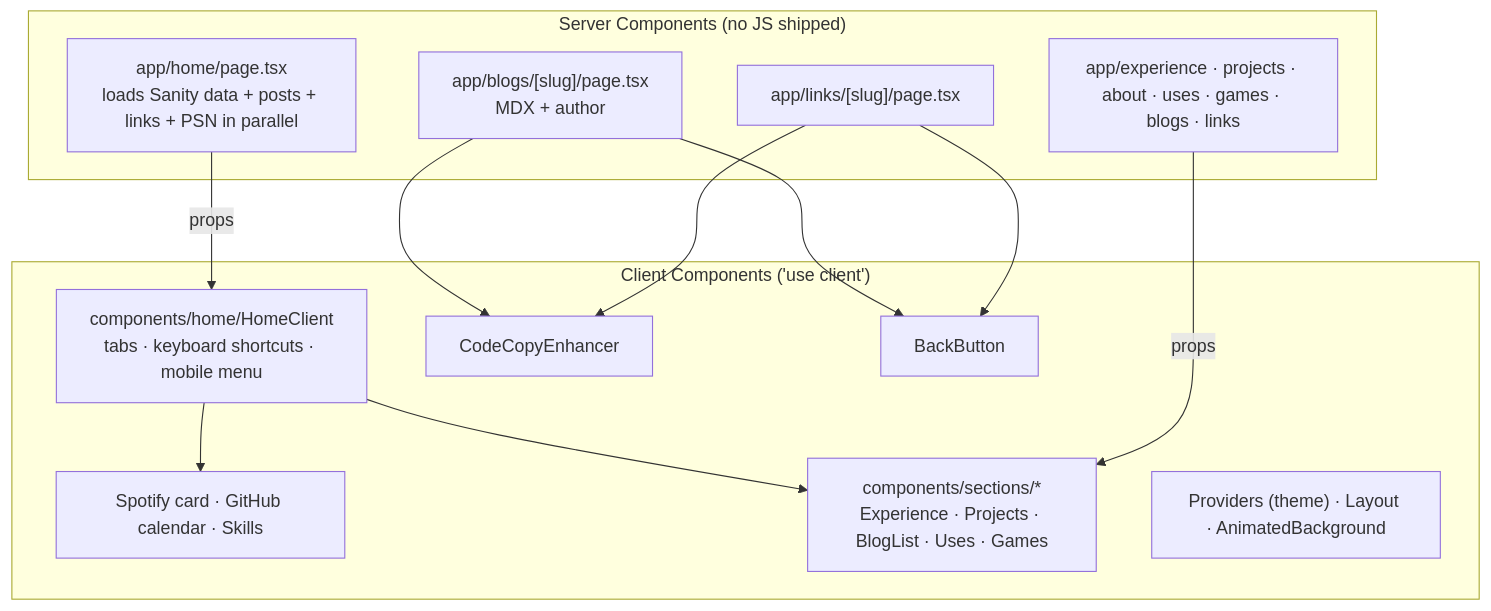
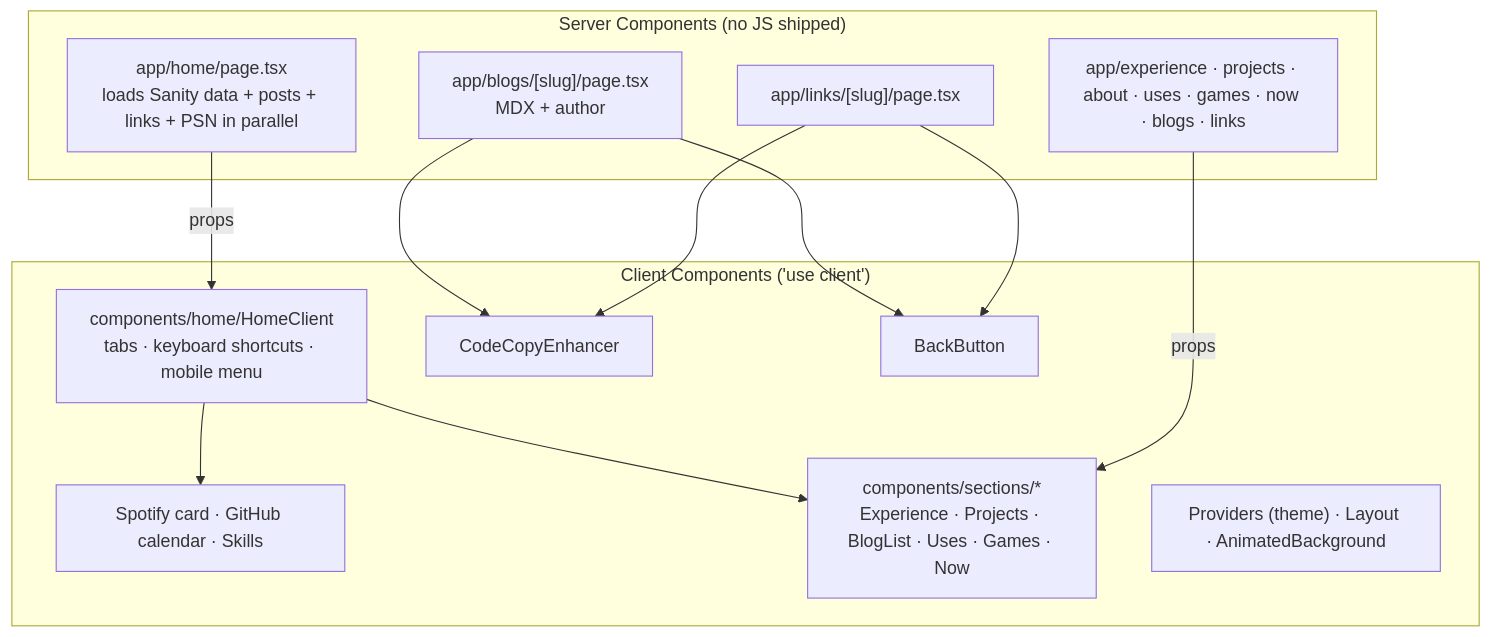
The second of 2 diagrams in docs/architecture.md (Pratham82/portfolio-v5), drawn with Mermaid before and after one commit. The commit also changed other lines of this file and 5 other files, not shown here.

````diff
--- a/docs/architecture.md
+++ b/docs/architecture.md
@@ -45,27 +45,27 @@
 ```mermaid
 flowchart TB
     subgraph Server["Server Components (no JS shipped)"]
         HomePage["app/home/page.tsx<br/>loads Sanity data + posts + links + PSN in parallel"]
         BlogPage["app/blogs/[slug]/page.tsx<br/>MDX + author"]
         LinkPage["app/links/[slug]/page.tsx"]
-        SectionPages["app/experience · projects · about · uses · games · blogs · links"]
+        SectionPages["app/experience · projects · about · uses · games · now · blogs · links"]
     end
 
     subgraph Client["Client Components ('use client')"]
         HomeClient["components/home/HomeClient<br/>tabs · keyboard shortcuts · mobile menu"]
         Widgets["Spotify card · GitHub calendar · Skills"]
-        Sections["components/sections/*<br/>Experience · Projects · BlogList · Uses · Games"]
+        Sections["components/sections/*<br/>Experience · Projects · BlogList · Uses · Games · Now"]
         Copy["CodeCopyEnhancer"]
         Back["BackButton"]
         Shell["Providers (theme) · Layout · AnimatedBackground"]
     end
 
     HomePage -- props --> HomeClient
     HomeClient --> Widgets
     HomeClient --> Sections
     SectionPages -- props --> Sections
     BlogPage --> Copy
     BlogPage --> Back
     LinkPage --> Copy
     LinkPage --> Back
 ```
````
